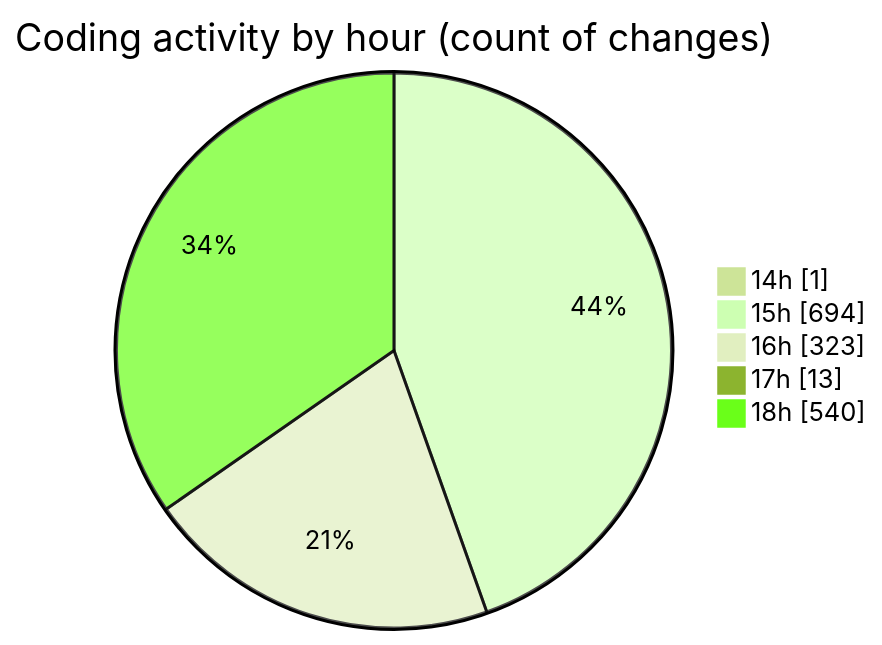
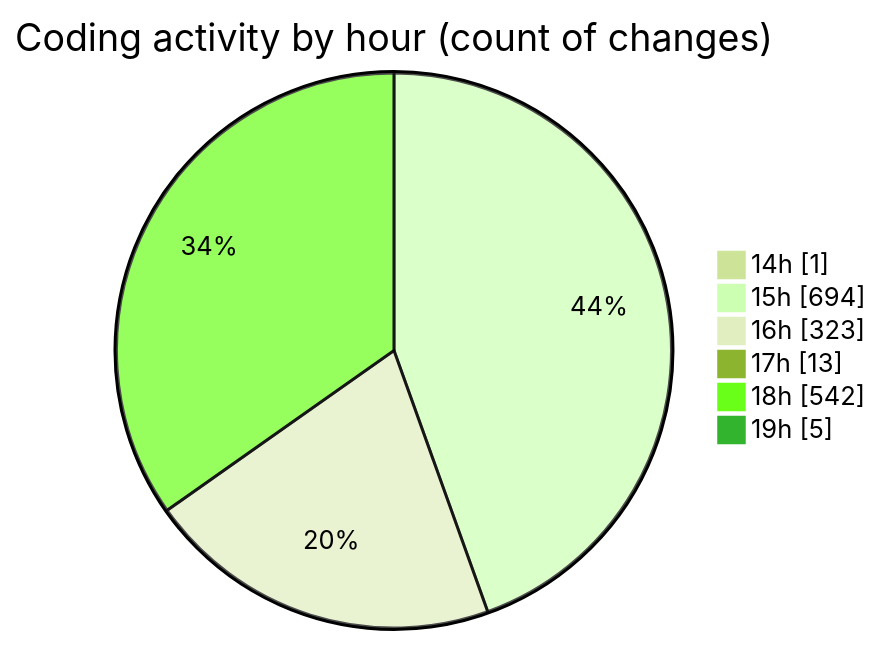
One commit to nxtqubesakshisongat/code-tracking changed the second of 2 diagrams in 2025-04-10/nxtqube_webapp/README.md. Above: the diagram before and after it, drawn with Mermaid (forest theme). The commit also changed other lines of this file and 1 other file, not shown here.

````diff
--- a/2025-04-10/nxtqube_webapp/README.md
+++ b/2025-04-10/nxtqube_webapp/README.md
@@ -37,9 +37,10 @@
 ```mermaid
 pie showData
 title Coding activity by hour (count of changes)
 "14h" : 1
 "15h" : 694
 "16h" : 323
 "17h" : 13
-"18h" : 540
+"18h" : 542
+"19h" : 5
 ```
````
